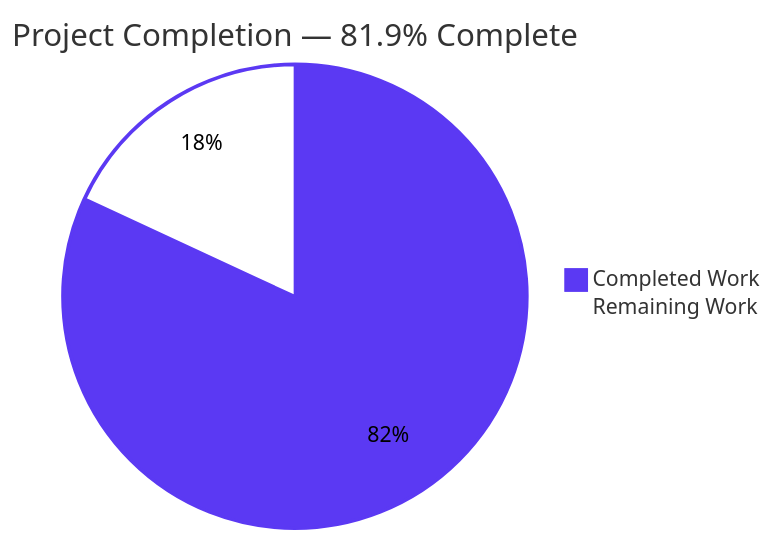
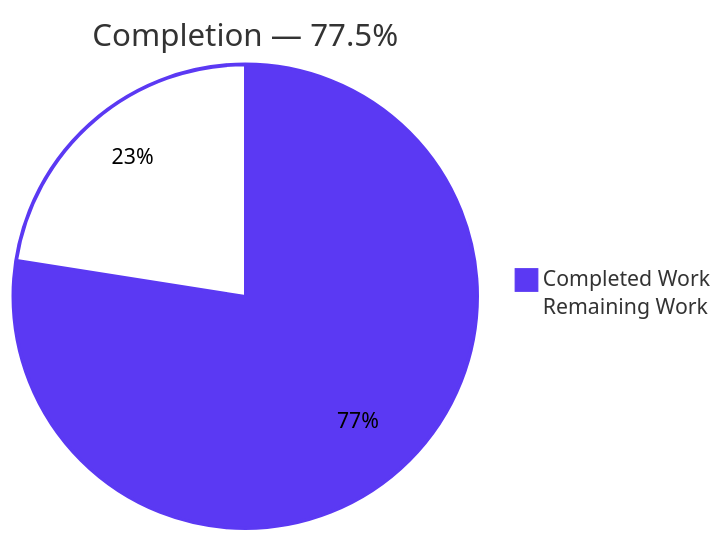
One commit to Tzadiko/monero changed the first of 3 diagrams in blitzy/documentation/Project Guide.md. Above: the diagram before and after it, drawn with Mermaid. The commit also changed other lines of this file, not shown here.

Commit message:
Adding Blitzy Project Guide: Project Status and Human Tasks Remaining

````diff
--- a/blitzy/documentation/Project Guide.md
+++ b/blitzy/documentation/Project Guide.md
@@ -9,6 +9,6 @@
 ```mermaid
-%%{init: {"theme": "base", "themeVariables": {"pie1": "#5B39F3", "pie2": "#FFFFFF", "pieOpacity": "1", "pieStrokeColor": "#5B39F3", "pieOuterStrokeColor": "#5B39F3", "pieSectionTextColor": "#000000"}}}%%
-pie title Project Completion — 81.9% Complete
-    "Completed Work" : 154
-    "Remaining Work" : 34
+%%{init: {"theme": "base", "themeVariables": {"pie1": "#5B39F3", "pie2": "#FFFFFF", "pieStrokeColor": "#5B39F3", "pieOuterStrokeColor": "#5B39F3", "pieSectionTextColor": "#000000", "pieOpacity": "1"}}}%%
+pie title Completion — 77.5%
+    "Completed Work" : 148
+    "Remaining Work" : 43
 ```
````
